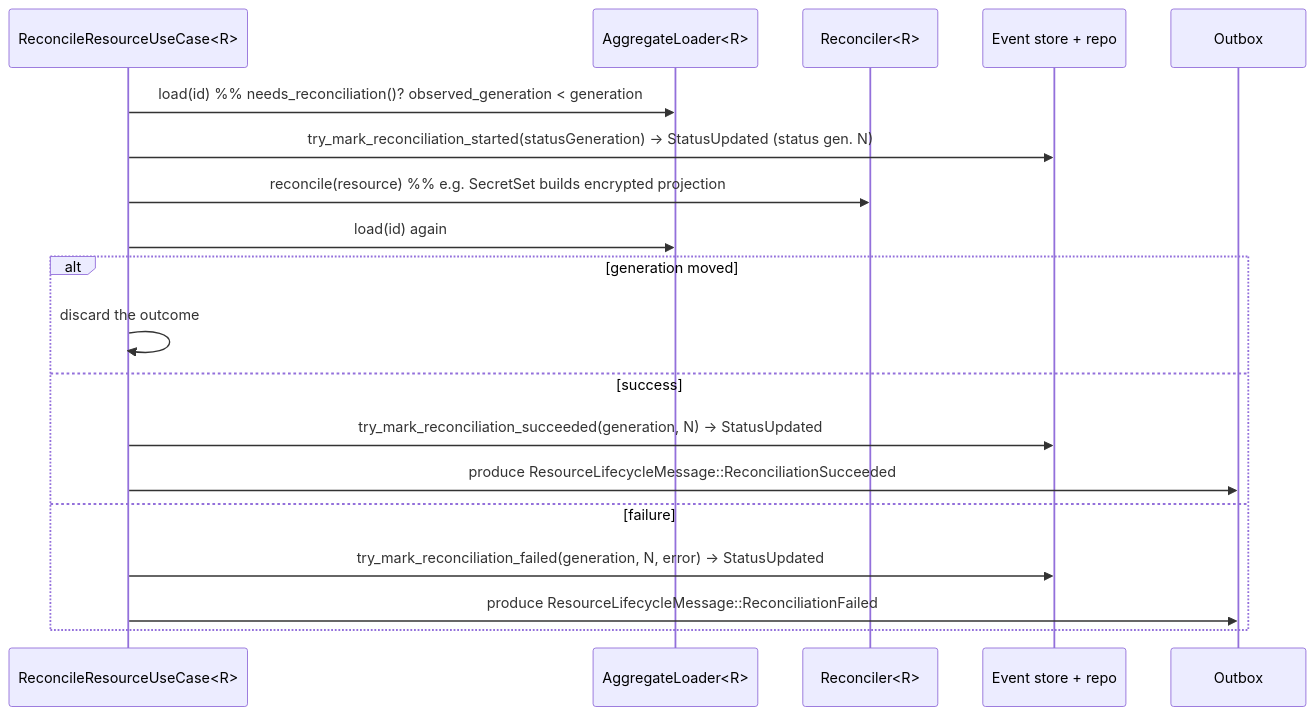
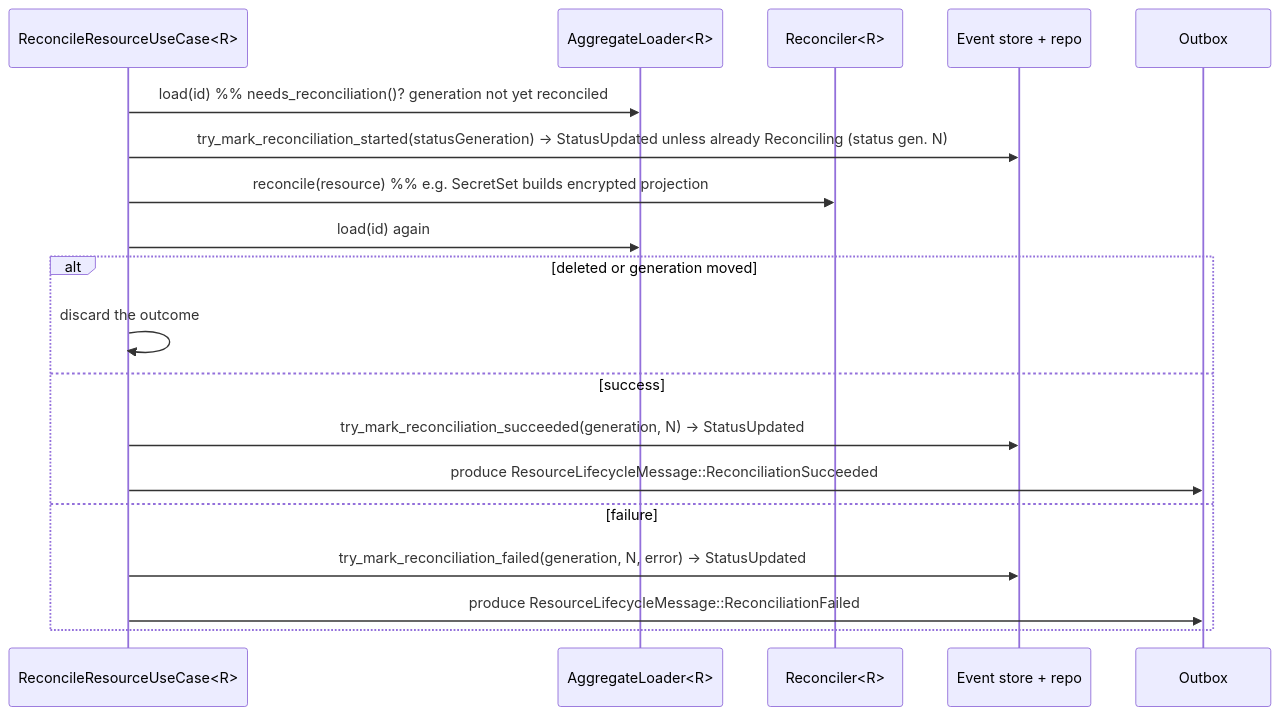
One commit to kamu-data/kamu-cli changed the third of 5 diagrams in docs/internal/resources-framework.md. Above: the diagram before and after it, drawn with Mermaid. The commit also changed other lines of this file and 12 other files, not shown here.

Commit message:
Resources: audit fixes: status check before deriving status, skip deleted and concurrently modified resources

````diff
--- a/docs/internal/resources-framework.md
+++ b/docs/internal/resources-framework.md
@@ -1260,22 +1259,22 @@
 ```mermaid
 sequenceDiagram
     participant UC as ReconcileResourceUseCase<R>
     participant L as AggregateLoader<R>
     participant Rec as Reconciler<R>
     participant ST as Event store + repo
     participant OB as Outbox
 
-    UC->>L: load(id)  %% needs_reconciliation()? observed_generation < generation
-    UC->>ST: try_mark_reconciliation_started(statusGeneration) → StatusUpdated (status gen. N)
+    UC->>L: load(id)  %% needs_reconciliation()? generation not yet reconciled
+    UC->>ST: try_mark_reconciliation_started(statusGeneration) → StatusUpdated unless already Reconciling (status gen. N)
     UC->>Rec: reconcile(resource)  %% e.g. SecretSet builds encrypted projection
     UC->>L: load(id) again
-    alt generation moved
+    alt deleted or generation moved
         UC->>UC: discard the outcome
     else success
         UC->>ST: try_mark_reconciliation_succeeded(generation, N) → StatusUpdated
         UC->>OB: produce ResourceLifecycleMessage::ReconciliationSucceeded
     else failure
         UC->>ST: try_mark_reconciliation_failed(generation, N, error) → StatusUpdated
         UC->>OB: produce ResourceLifecycleMessage::ReconciliationFailed
     end
 ```
````
